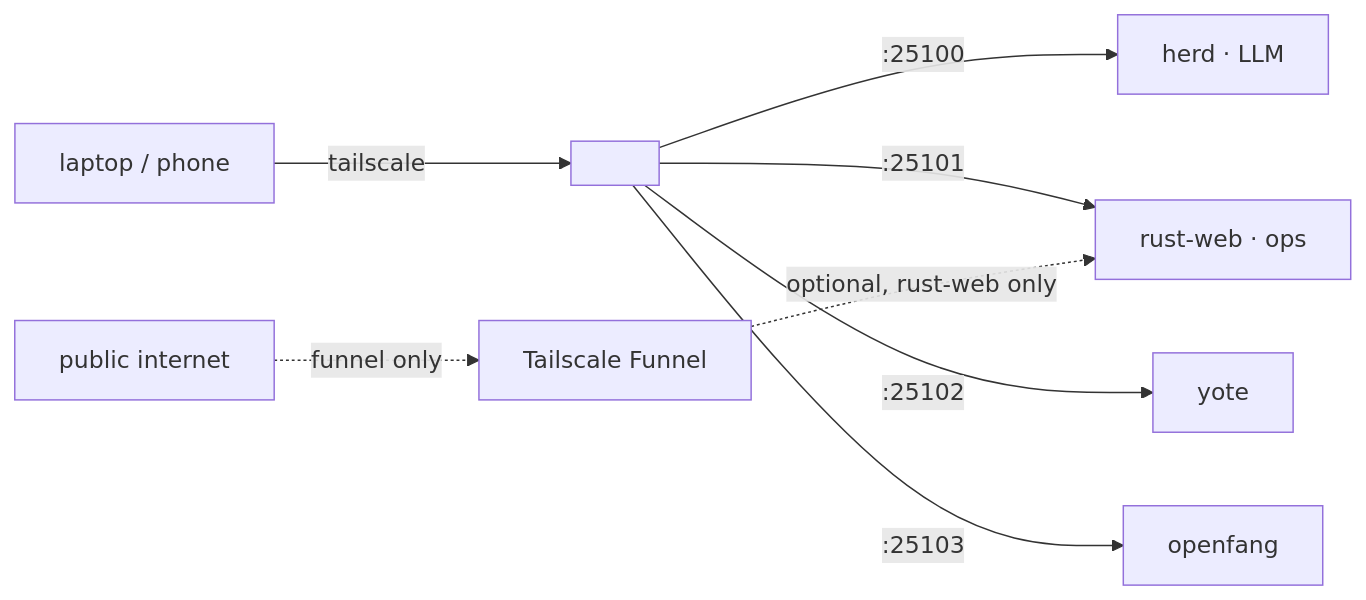
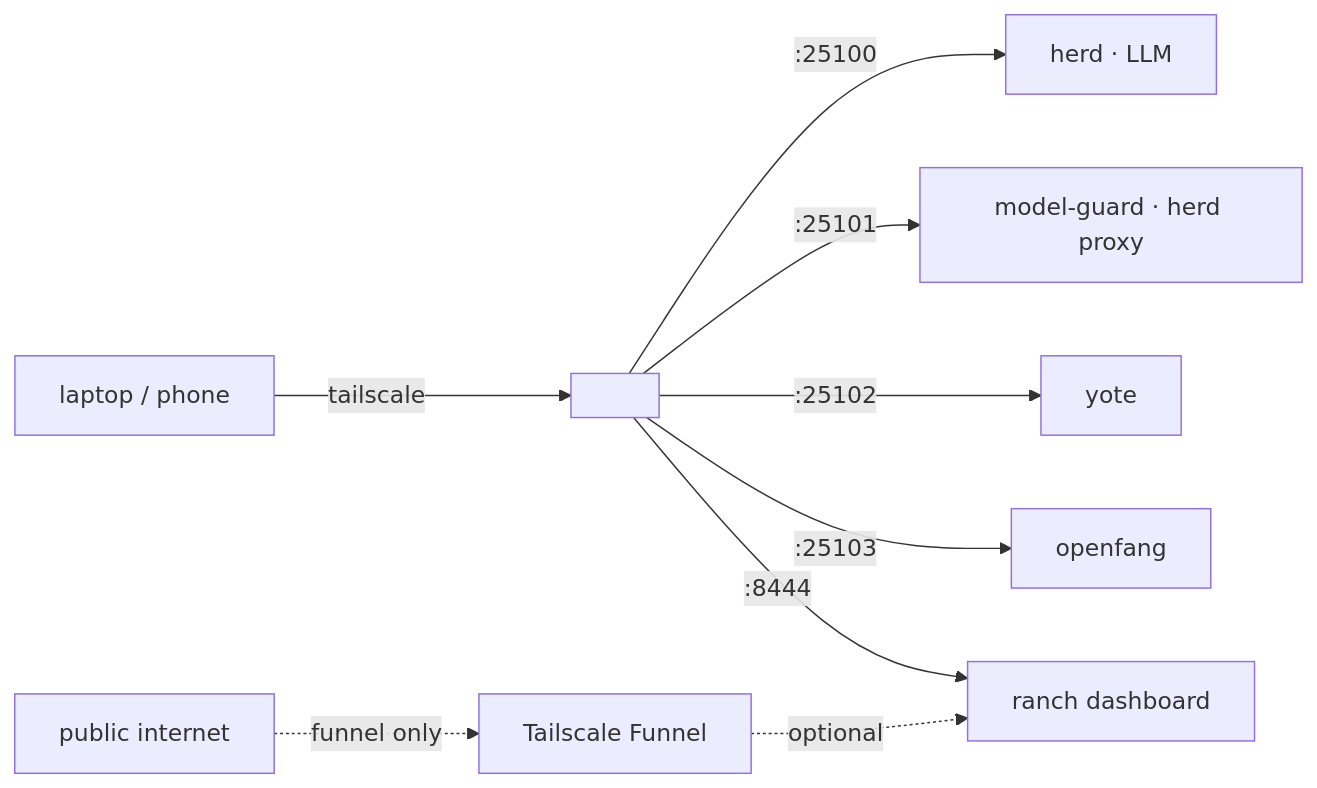
Before and after one commit to toxicwind/estate: the diagram in tailscale/README.md, drawn with Mermaid. The commit also changed other lines of this file and 5 other files, not shown here.

````diff
--- a/tailscale/README.md
+++ b/tailscale/README.md
@@ -32,10 +39,11 @@
 ```mermaid
 flowchart LR
     you[laptop / phone] -->|tailscale| dns[<magicdns>]
     dns -->|:25100| herd[herd · LLM]
-    dns -->|:25101| rust[rust-web · ops]
+    dns -->|:25101| guard[model-guard · herd proxy]
     dns -->|:25102| yote[yote]
     dns -->|:25103| fang[openfang]
-    funnel[Tailscale Funnel] -.->|optional, rust-web only| rust
+    dns -->|:8444| dash[ranch dashboard]
+    funnel[Tailscale Funnel] -.->|optional| dash
     note[public internet] -.->|funnel only| funnel
 ```
````
